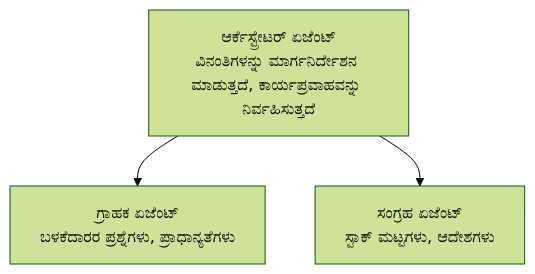
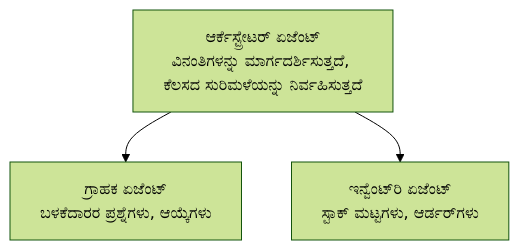
Before and after one commit to microsoft/AZD-for-beginners: the diagram in translations/kn/docs/chapter-05-multi-agent/README.md, drawn with Mermaid (forest theme). The commit also changed other lines of this file and 59 other files, not shown here.

````diff
--- a/translations/kn/docs/chapter-05-multi-agent/README.md
+++ b/translations/kn/docs/chapter-05-multi-agent/README.md
@@ -54,5 +54,5 @@
 ```mermaid
 graph TD
-    Orchestrator[ಆರ್ಕೆಸ್ಟ್ರೇಟರ್ ಏಜೆಂಟ್<br/>ವಿನಂತಿಗಳನ್ನು ಮಾರ್ಗನಿರ್ದೇಶನ ಮಾಡುತ್ತದೆ, ಕಾರ್ಯಪ್ರವಾಹವನ್ನು ನಿರ್ವಹಿಸುತ್ತದೆ] --> Customer[ಗ್ರಾಹಕ ಏಜೆಂಟ್<br/>ಬಳಕೆದಾರರ ಪ್ರಶ್ನೆಗಳು, ಪ್ರಾಧಾನ್ಯತೆಗಳು]
-    Orchestrator --> Inventory[ಸಂಗ್ರಹ ಏಜೆಂಟ್<br/>ಸ್ಟಾಕ್ ಮಟ್ಟಗಳು, ಆದೇಶಗಳು]
+    Orchestrator[ಆರ್ಕೆಸ್ಟ್ರೇಟರ್ ಏಜೆಂಟ್<br/>ವಿನಂತಿಗಳನ್ನು ಮಾರ್ಗದರ್ಶಿಸುತ್ತದೆ, ಕೆಲಸದ ಸುರಿಮಳೆಯನ್ನು ನಿರ್ವಹಿಸುತ್ತದೆ] --> Customer[ಗ್ರಾಹಕ ಏಜೆಂಟ್<br/>ಬಳಕೆದಾರರ ಪ್ರಶ್ನೆಗಳು, ಆಯ್ಕೆಗಳು]
+    Orchestrator --> Inventory[ಇನ್ವೆಂಟ್‌ರಿ ಏಜೆಂಟ್<br/>ಸ್ಟಾಕ್ ಮಟ್ಟಗಳು, ಆರ್ಡರ್‌ಗಳು]
 ```
````
